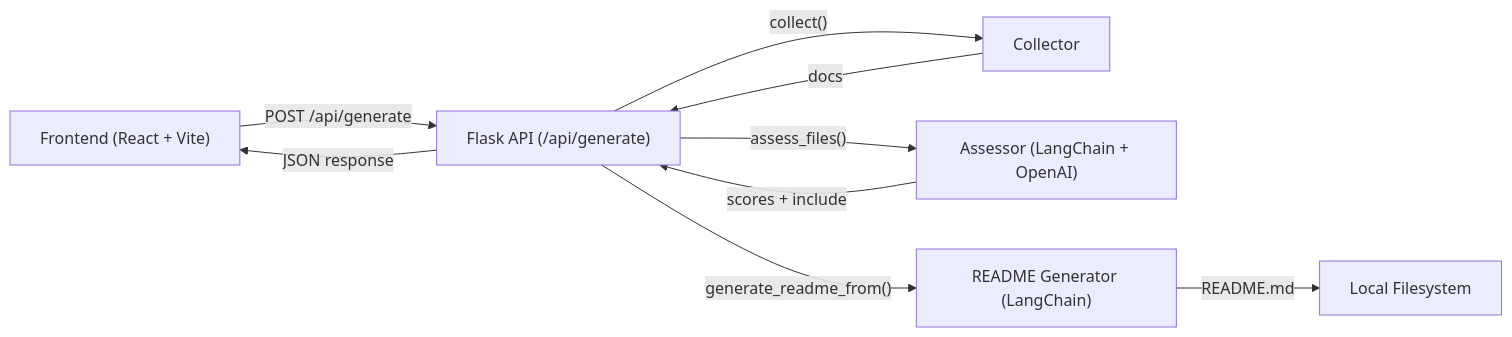
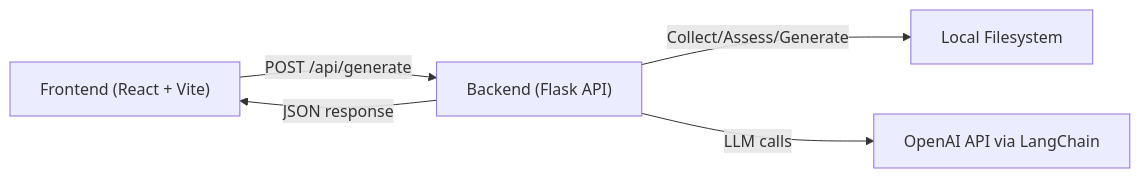
The diagram in README.md (Herc-Ch/readme-generator), drawn with Mermaid before and after one commit. The commit also changed other lines of this file and 11 other files, not shown here.

````diff
--- a/README.md
+++ b/README.md
@@ -128,18 +16,12 @@
 ```mermaid
 flowchart LR
-  FE["Frontend (React + Vite)"]
-  API["Flask API (/api/generate)"]
-  COL["Collector"]
-  AS["Assessor (LangChain + OpenAI)"]
-  GEN["README Generator (LangChain)"]
-  FS["Local Filesystem"]
+FE["Frontend (React + Vite)"]
+API["Backend (Flask API)"]
+LLM["OpenAI API via LangChain"]
+FS["Local Filesystem"]
 
-  FE -- "POST /api/generate" --> API
-  API -- "collect()" --> COL
-  COL -- "docs" --> API
-  API -- "assess_files()" --> AS
-  AS -- "scores + include" --> API
-  API -- "generate_readme_from()" --> GEN
-  GEN -- "README.md" --> FS
-  API -- "JSON response" --> FE
+FE -- "POST /api/generate" --> API
+API -- "Collect/Assess/Generate" --> FS
+API -- "LLM calls" --> LLM
+API -- "JSON response" --> FE
 ```
````
